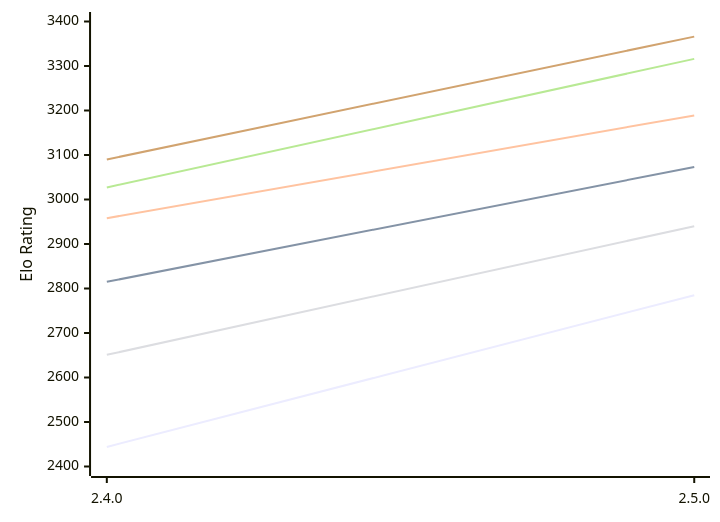
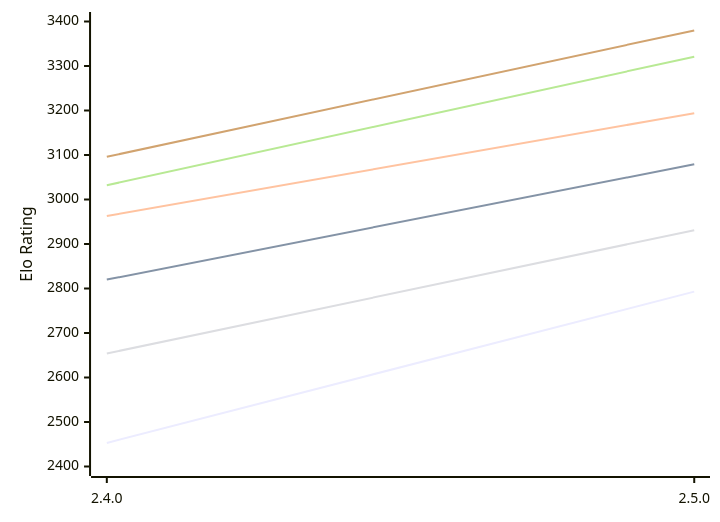
One commit to computer-chess-index/cci changed the diagram in engines/Rarog.md. Above: the diagram before and after it, drawn with Mermaid. The commit also changed other lines of this file, not shown here.

Commit message:
Update CCI Ratings (ELO VLTC) - 2026-10-16

````diff
--- a/engines/Rarog.md
+++ b/engines/Rarog.md
@@ -49,12 +49,12 @@
 ```mermaid
 %%{init: {"theme":"base","themeVariables":{"seriesColors:['#a3a3a3','#222221','#faa371']}}}%%
 xychart-beta
   x-axis ["2.4.0", "2.5.0"]
   y-axis "Elo Rating" 2400 --> 3400
-  line "E1: STC (8.0+0.08s)" [2444, 2785]
-  line "E1: LTC (60.0+0.60s)" [2815, 3073]
-  line "E1: VLTC (2m24s+1.12s)" [2958, 3189]
-  line "P1: STC (8.0+0.08s)" [2651, 2940]
-  line "P1: LTC (60.0+0.60s)" [3027, 3316]
-  line "P1: VLTC (2m24s+1.12s)" [3090, 3366]
+  line "E1: STC (8.0+0.08s)" [2453, 2793]
+  line "E1: LTC (60.0+0.60s)" [2820, 3079]
+  line "E1: VLTC (2m24s+1.12s)" [2963, 3194]
+  line "P1: STC (8.0+0.08s)" [2654, 2931]
+  line "P1: LTC (60.0+0.60s)" [3032, 3321]
+  line "P1: VLTC (2m24s+1.12s)" [3096, 3380]
 ```
````
